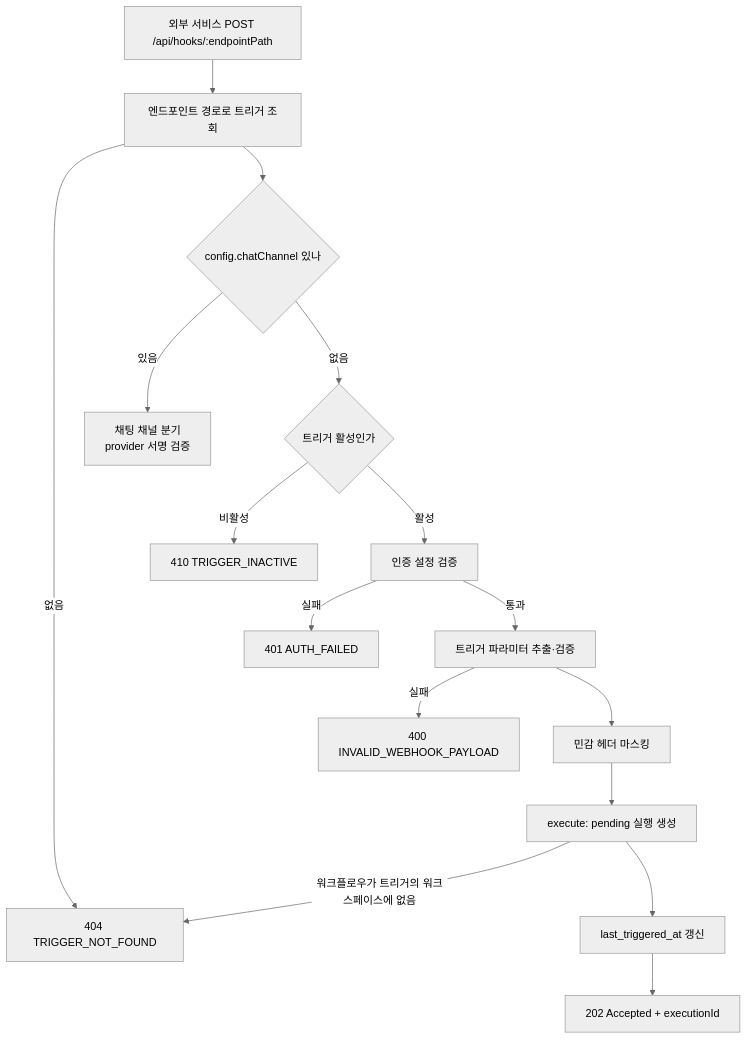
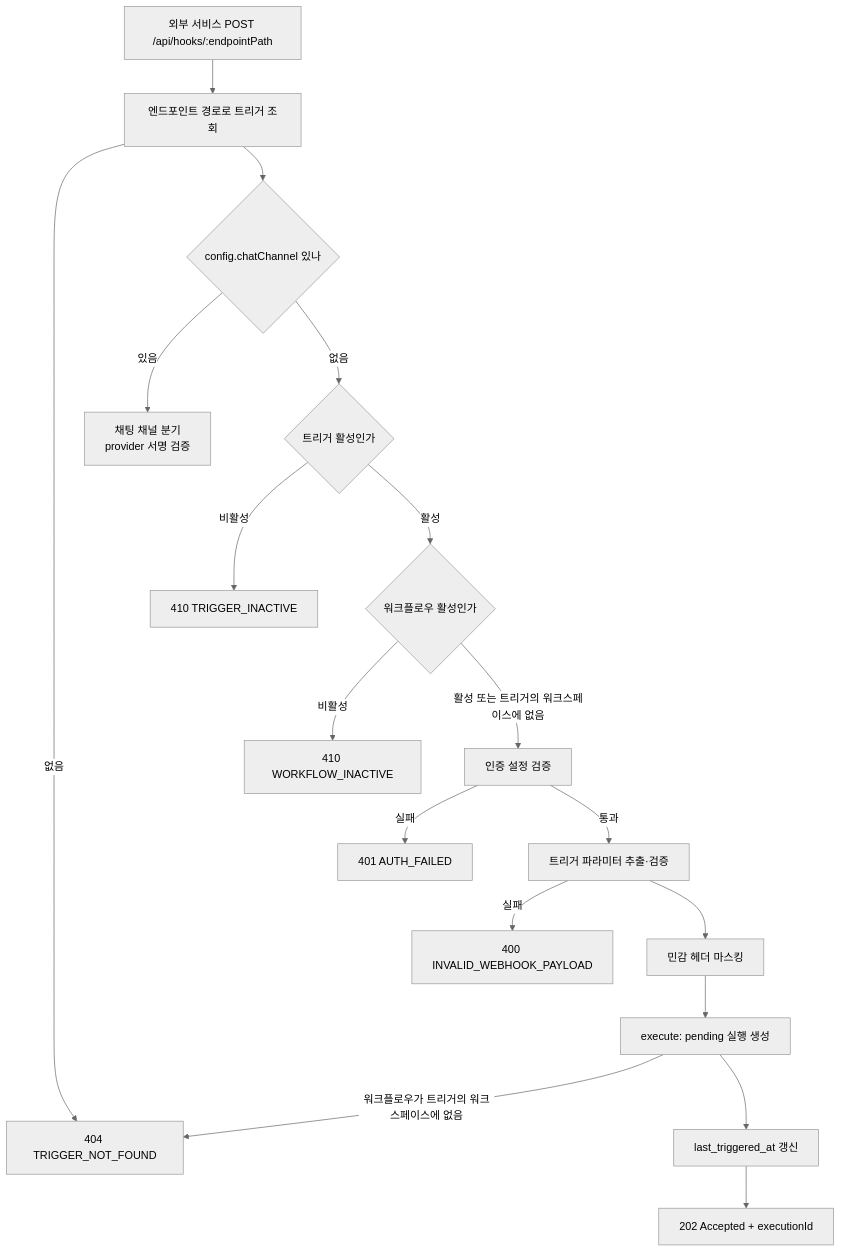
The diagram in spec/CLE-TRIG/CLE-TRIG-WEBHOOK.md (worker-ants/clemvion), drawn with Mermaid (neutral theme) before and after one commit. The commit also changed other lines of this file and 36 other files, not shown here.

First line of the commit message:
꺼진 워크플로우는 웹훅 · 채팅 채널 · 스케줄로 실행하지 않고, 실행 중 /start 는 재시작한다 (CLE-T-XRWFMJ, CLE-T-V4WVF2) (#1536)

````diff
--- a/spec/CLE-TRIG/CLE-TRIG-WEBHOOK.md
+++ b/spec/CLE-TRIG/CLE-TRIG-WEBHOOK.md
@@ -99,18 +104,20 @@
 ```mermaid
 flowchart TD
     A[외부 서비스 POST /api/hooks/:endpointPath] --> B[엔드포인트 경로로 트리거 조회]
     B -- 없음 --> X1[404 TRIGGER_NOT_FOUND]
     B --> C{config.chatChannel 있나}
     C -- 있음 --> CH[채팅 채널 분기<br/>provider 서명 검증]
     C -- 없음 --> D{트리거 활성인가}
     D -- 비활성 --> X2[410 TRIGGER_INACTIVE]
-    D -- 활성 --> E[인증 설정 검증]
+    D -- 활성 --> W{워크플로우 활성인가}
+    W -- 비활성 --> X5[410 WORKFLOW_INACTIVE]
+    W -- 활성 또는 트리거의 워크스페이스에 없음 --> E[인증 설정 검증]
     E -- 실패 --> X3[401 AUTH_FAILED]
     E -- 통과 --> F[트리거 파라미터 추출·검증]
     F -- 실패 --> X4[400 INVALID_WEBHOOK_PAYLOAD]
     F --> G[민감 헤더 마스킹]
     G --> H[execute: pending 실행 생성]
     H -- 워크플로우가 트리거의 워크스페이스에 없음 --> X1
     H --> I[last_triggered_at 갱신]
     I --> J[202 Accepted + executionId]
 ```
````
